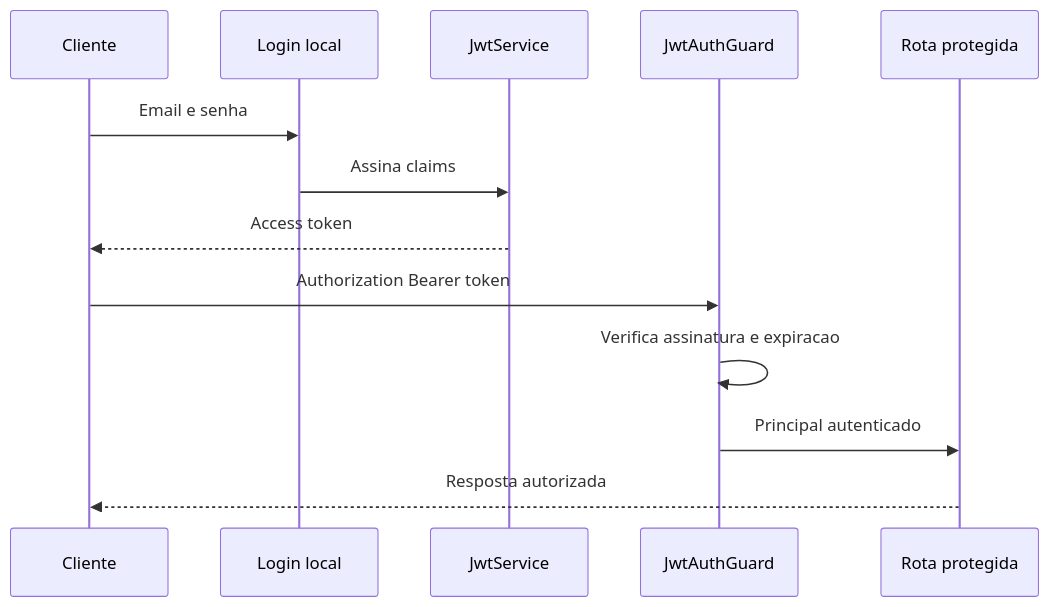
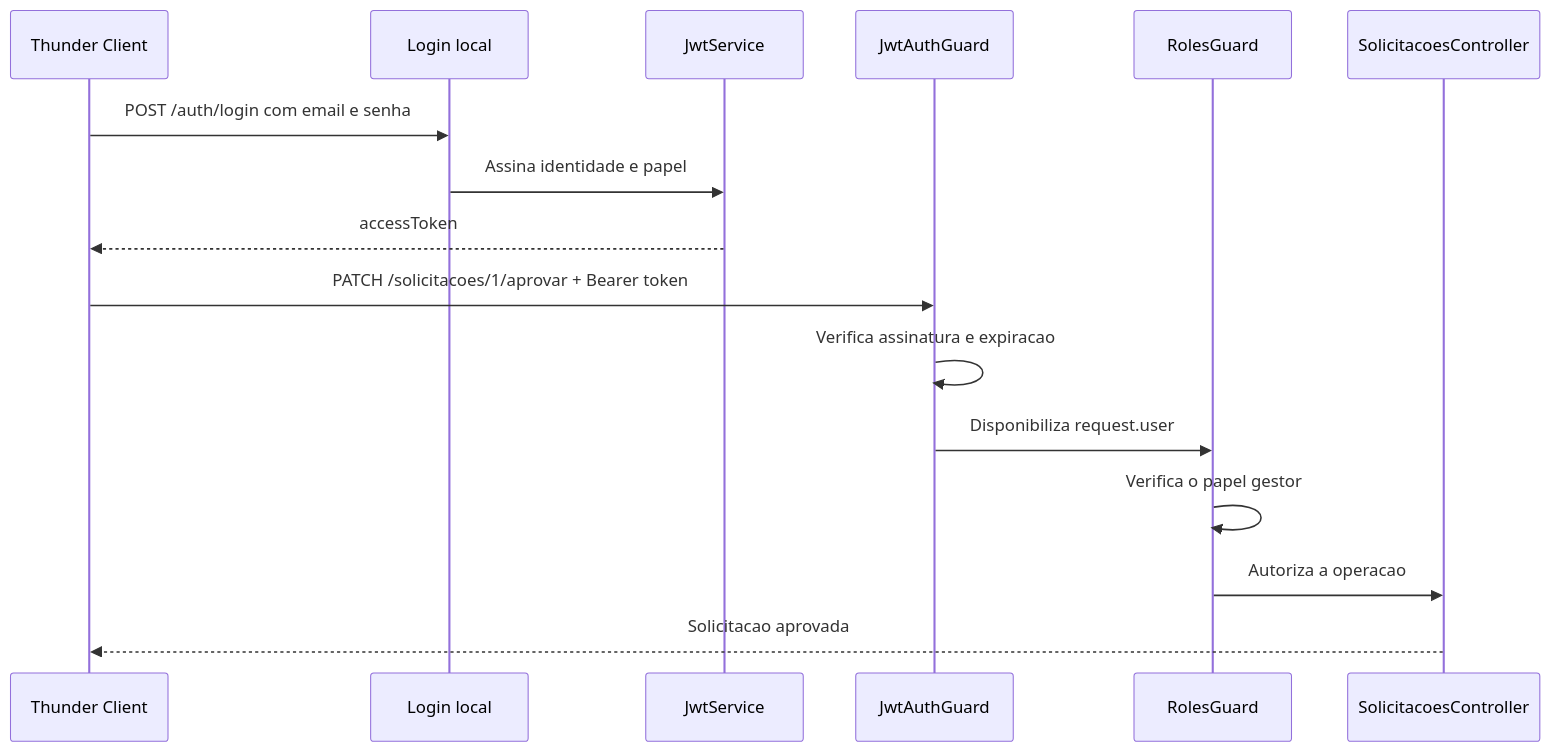
One commit to luciano-alexandre/sistemas-corporativos changed the diagram in docs/encontros/encontro-04.md. Above: the diagram before and after it, drawn with Mermaid. The commit also changed other lines of this file, not shown here.

````diff
--- a/docs/encontros/encontro-04.md
+++ b/docs/encontros/encontro-04.md
@@ -170,15 +33,18 @@
 ```mermaid
 sequenceDiagram
-    participant C as Cliente
+    participant C as Thunder Client
     participant L as Login local
     participant J as JwtService
-    participant G as JwtAuthGuard
-    participant R as Rota protegida
-    C->>L: Email e senha
-    L->>J: Assina claims
-    J-->>C: Access token
-    C->>G: Authorization Bearer token
-    G->>G: Verifica assinatura e expiracao
-    G->>R: Principal autenticado
-    R-->>C: Resposta autorizada
+    participant A as JwtAuthGuard
+    participant R as RolesGuard
+    participant S as SolicitacoesController
+    C->>L: POST /auth/login com email e senha
+    L->>J: Assina identidade e papel
+    J-->>C: accessToken
+    C->>A: PATCH /solicitacoes/1/aprovar + Bearer token
+    A->>A: Verifica assinatura e expiracao
+    A->>R: Disponibiliza request.user
+    R->>R: Verifica o papel gestor
+    R->>S: Autoriza a operacao
+    S-->>C: Solicitacao aprovada
 ```
````
